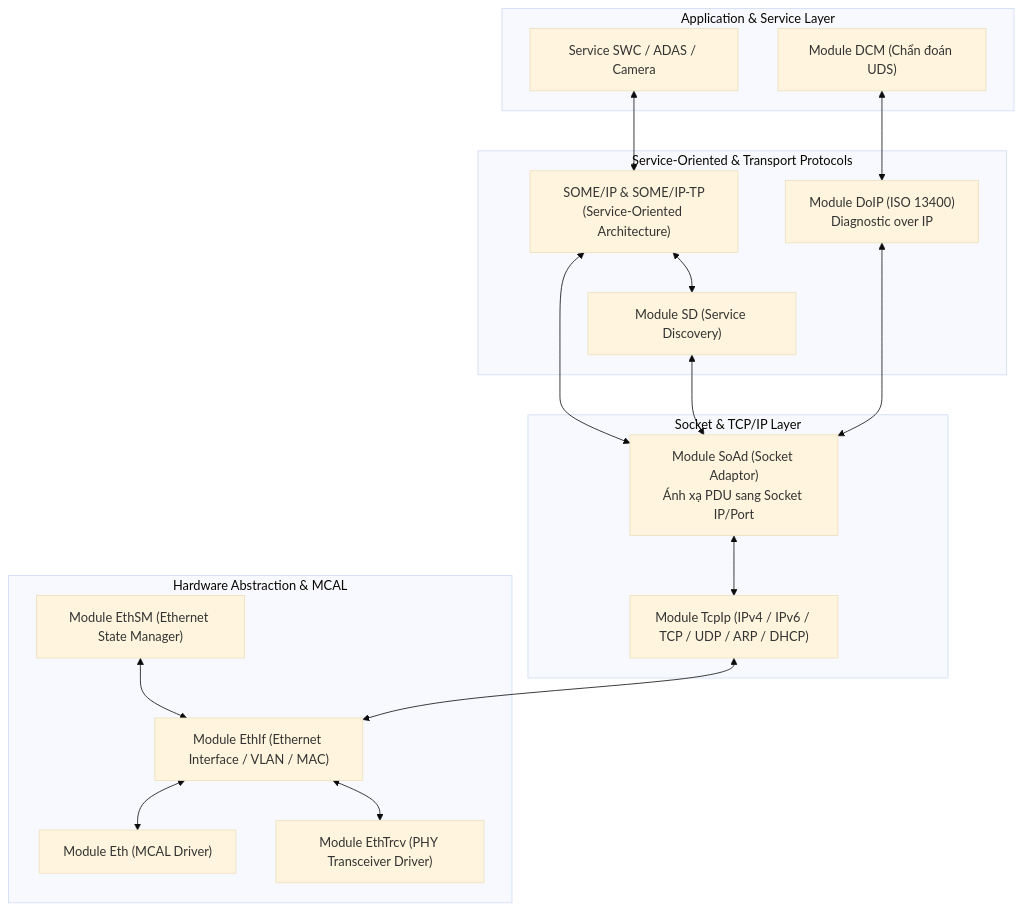
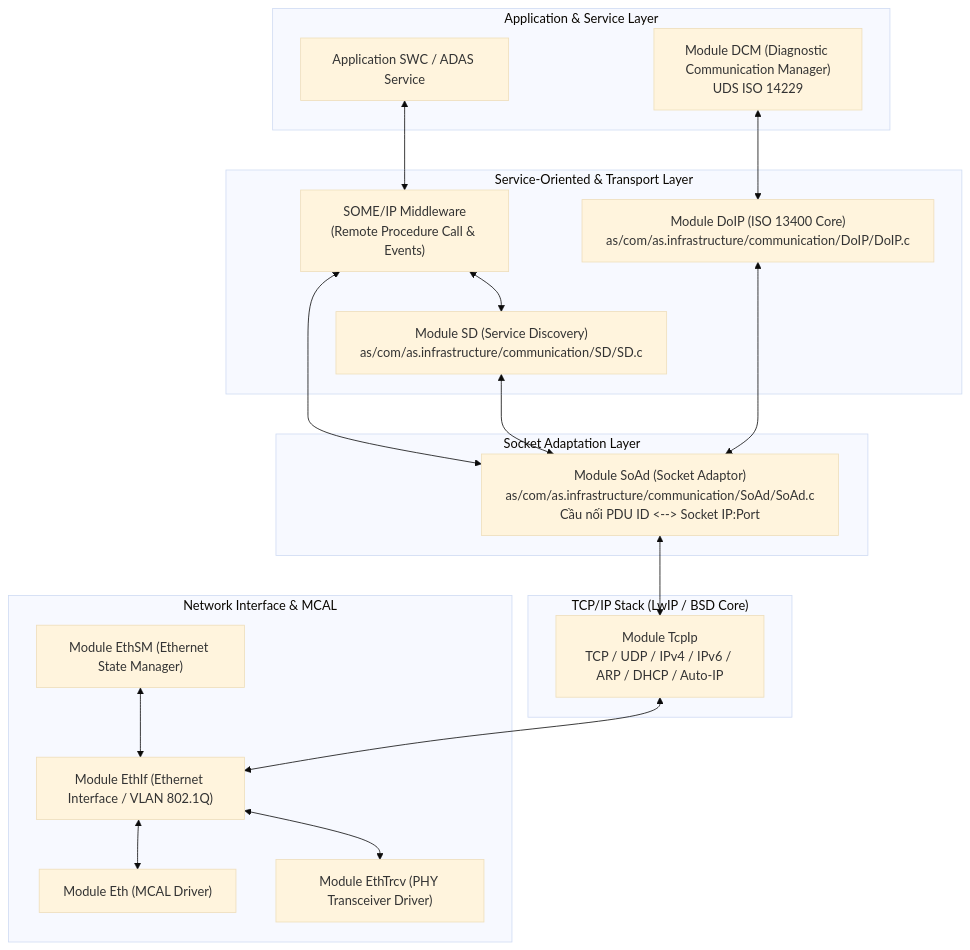
The first of 3 diagrams in docs/theory/12_Automotive_Ethernet_SOMEIP_DoIP_Deep_Dive.md (liemvu12/Study_AUTOSAR), drawn with Mermaid (base theme) before and after one commit. The commit also changed other lines of this file and 62 other files, not shown here.

````diff
--- a/docs/theory/12_Automotive_Ethernet_SOMEIP_DoIP_Deep_Dive.md
+++ b/docs/theory/12_Automotive_Ethernet_SOMEIP_DoIP_Deep_Dive.md
@@ -29,37 +42,40 @@
 ```mermaid
 graph TD
     subgraph "Application & Service Layer"
-        SWC_Service["Service SWC / ADAS / Camera"]
-        DCM["Module DCM (Chẩn đoán UDS)"]
+        SWC_App["Application SWC / ADAS Service"]
+        DCM["Module DCM (Diagnostic Communication Manager)<br>UDS ISO 14229"]
     end
 
-    subgraph "Service-Oriented & Transport Protocols"
-        SOMEIP["SOME/IP & SOME/IP-TP<br>(Service-Oriented Architecture)"]
-        SD["Module SD (Service Discovery)"]
-        DoIP["Module DoIP (ISO 13400)<br>Diagnostic over IP"]
+    subgraph "Service-Oriented & Transport Layer"
+        SOMEIP["SOME/IP Middleware<br>(Remote Procedure Call & Events)"]
+        SD["Module SD (Service Discovery)<br>as/com/as.infrastructure/communication/SD/SD.c"]
+        DoIP["Module DoIP (ISO 13400 Core)<br>as/com/as.infrastructure/communication/DoIP/DoIP.c"]
     end
 
-    subgraph "Socket & TCP/IP Layer"
-        SoAd["Module SoAd (Socket Adaptor)<br>Ánh xạ PDU sang Socket IP/Port"]
-        TcpIp["Module TcpIp (IPv4 / IPv6 / TCP / UDP / ARP / DHCP)"]
+    subgraph "Socket Adaptation Layer"
+        SoAd["Module SoAd (Socket Adaptor)<br>as/com/as.infrastructure/communication/SoAd/SoAd.c<br>Cầu nối PDU ID <--> Socket IP:Port"]
     end
 
-    subgraph "Hardware Abstraction & MCAL"
+    subgraph "TCP/IP Stack (LwIP / BSD Core)"
+        TcpIp["Module TcpIp<br>TCP / UDP / IPv4 / IPv6 / ARP / DHCP / Auto-IP"]
+    end
+
+    subgraph "Network Interface & MCAL"
         EthSM["Module EthSM (Ethernet State Manager)"]
-        EthIf["Module EthIf (Ethernet Interface / VLAN / MAC)"]
+        EthIf["Module EthIf (Ethernet Interface / VLAN 802.1Q)"]
         Eth["Module Eth (MCAL Driver)"]
         EthTrcv["Module EthTrcv (PHY Transceiver Driver)"]
     end
 
-    SWC_Service <--> SOMEIP
+    SWC_App <--> SOMEIP
     SOMEIP <--> SD
     SOMEIP <--> SoAd
     SD <--> SoAd
     DCM <--> DoIP
     DoIP <--> SoAd
     SoAd <--> TcpIp
     EthSM <--> EthIf
     TcpIp <--> EthIf
     EthIf <--> Eth
     EthIf <--> EthTrcv
 ```
````
